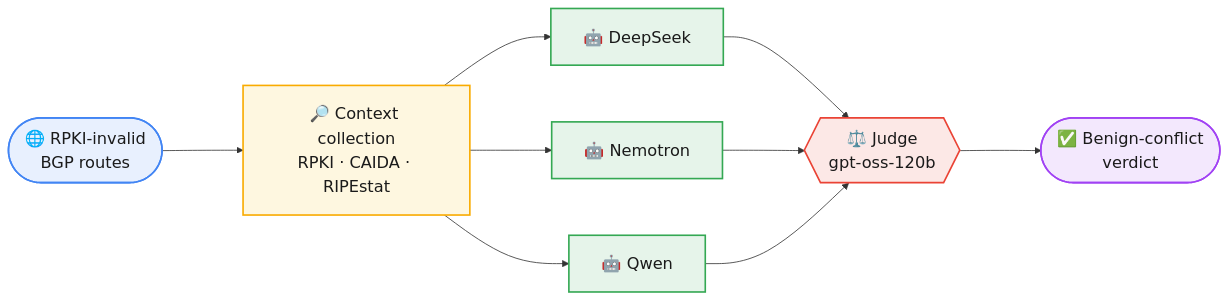
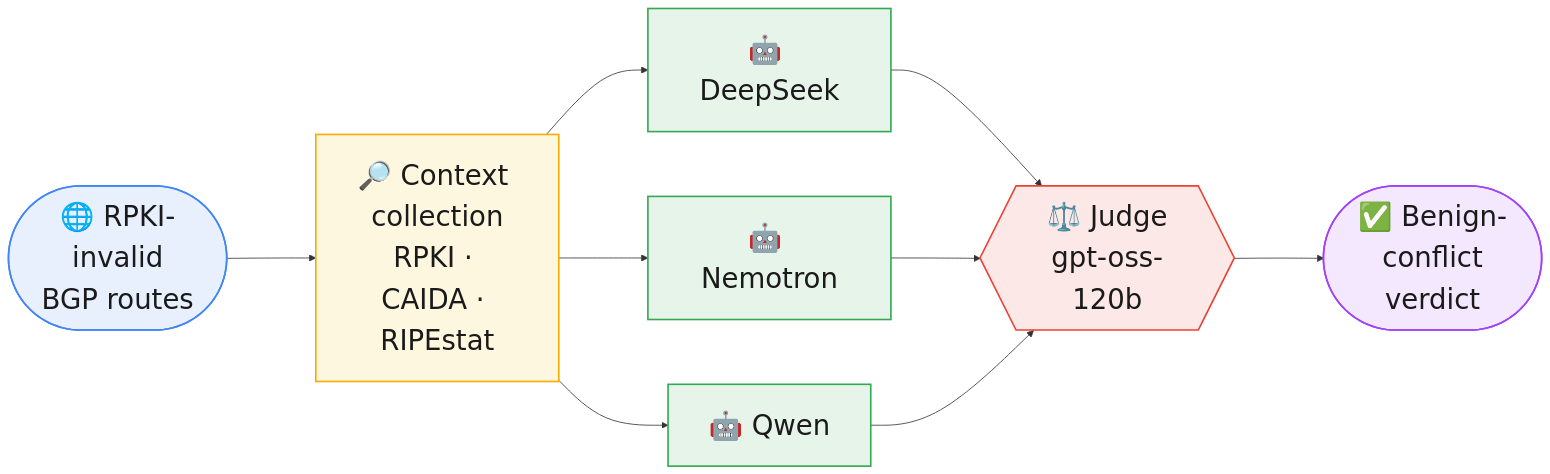
One commit to zsjstart/LLMOV changed the diagram in README.md. Above: the diagram before and after it, drawn with Mermaid.

Commit message:
Increase diagram font size further

````diff
--- a/README.md
+++ b/README.md
@@ -15,27 +15,27 @@
 ```mermaid
-%%{init: {"flowchart": {"nodeSpacing": 70, "rankSpacing": 100, "padding": 20}, "themeVariables": {"fontSize": "20px"}}}%%
+%%{init: {"flowchart": {"nodeSpacing": 80, "rankSpacing": 110, "padding": 25}, "themeVariables": {"fontSize": "34px"}}}%%
 flowchart LR
     A(["🌐 RPKI-invalid<br/>BGP routes"]) --> B["🔎 Context collection<br/>RPKI · CAIDA · RIPEstat"]
 
     B --> C1["🤖 DeepSeek"]
     B --> C2["🤖 Nemotron"]
     B --> C3["🤖 Qwen"]
 
     C1 --> D{{"⚖️ Judge<br/>gpt-oss-120b"}}
     C2 --> D
     C3 --> D
 
     D --> E(["✅ Benign-conflict<br/>verdict"])
 
     classDef input fill:#e8f0fe,stroke:#4285f4,stroke-width:2px,color:#1a1a1a;
     classDef context fill:#fef7e0,stroke:#f9ab00,stroke-width:2px,color:#1a1a1a;
     classDef model fill:#e6f4ea,stroke:#34a853,stroke-width:2px,color:#1a1a1a;
     classDef judge fill:#fce8e6,stroke:#ea4335,stroke-width:2px,color:#1a1a1a;
     classDef output fill:#f3e8fd,stroke:#a142f4,stroke-width:2px,color:#1a1a1a;
 
     class A input;
     class B context;
     class C1,C2,C3 model;
     class D judge;
     class E output;
 ```
````
